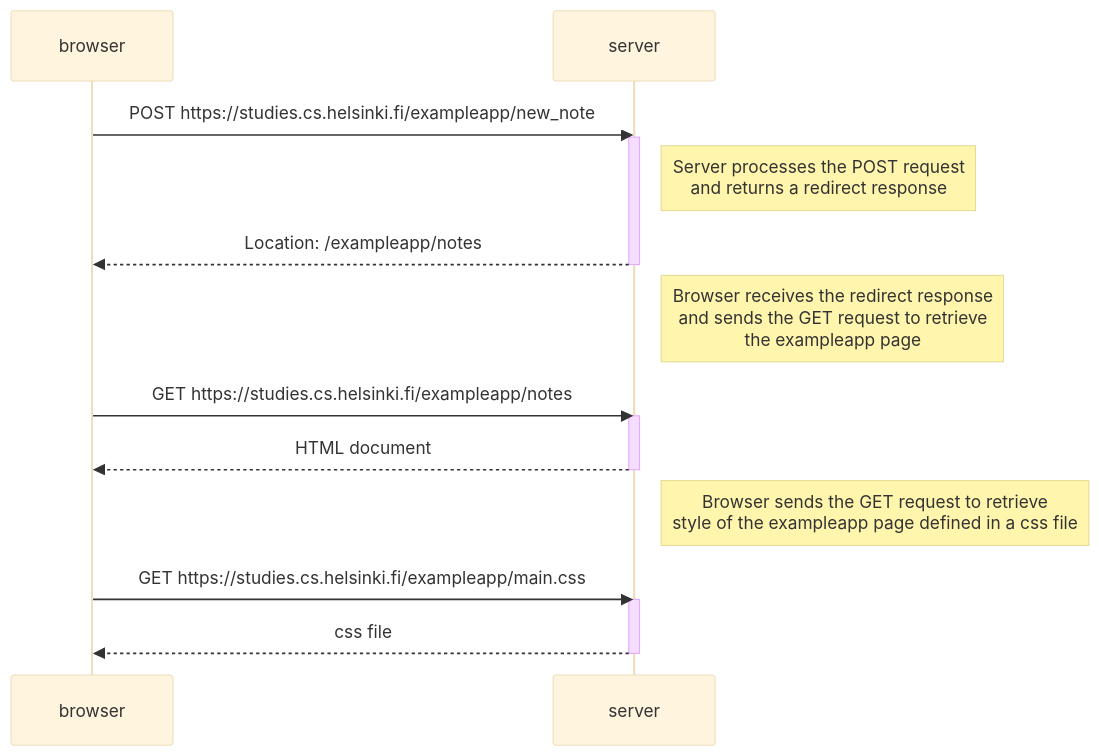
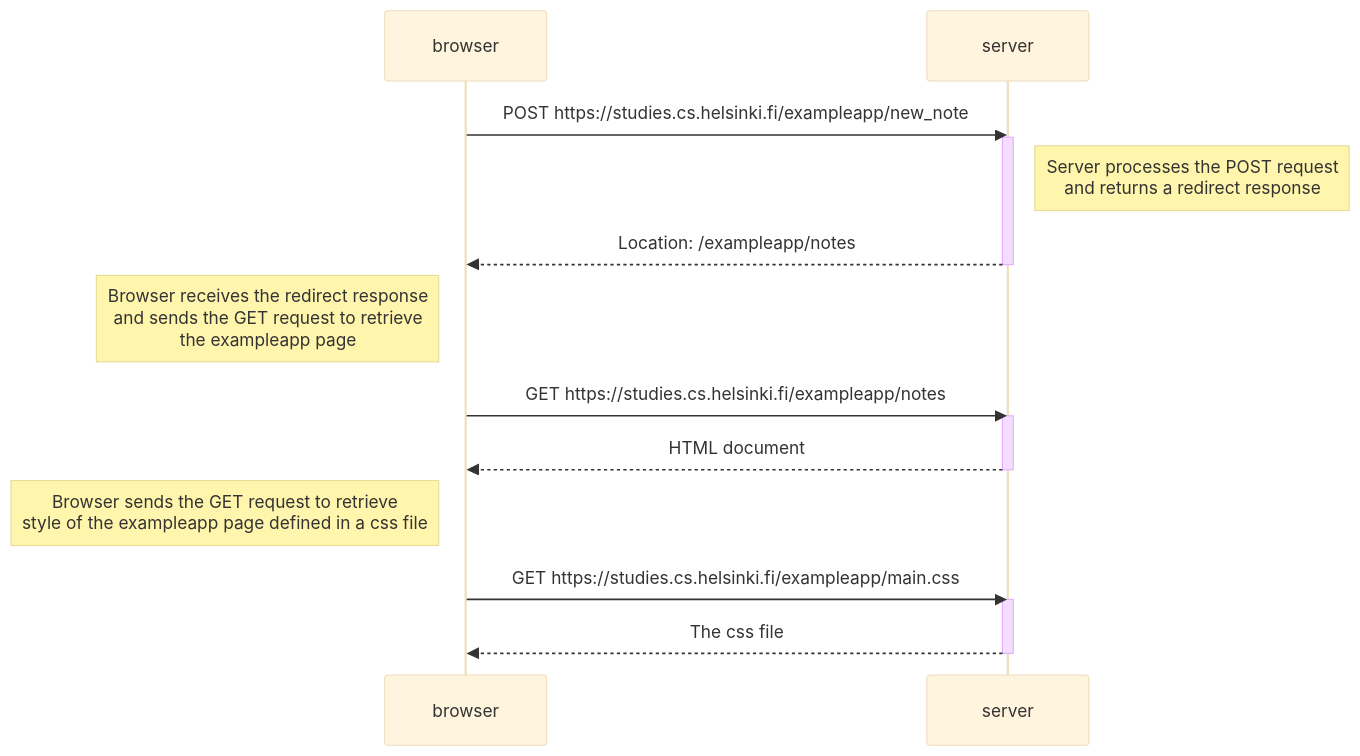
Before and after one commit to oskarioksanen/fullstack_open_palautusrepo: the second of 2 diagrams in osa0/uusi_muistiinpano_kaavio.md, drawn with Mermaid (base theme).

````diff
--- a/osa0/uusi_muistiinpano_kaavio.md
+++ b/osa0/uusi_muistiinpano_kaavio.md
@@ -17,29 +17,29 @@
 ```mermaid
 sequenceDiagram
     participant browser
     participant server
 
     browser->>server: POST https://studies.cs.helsinki.fi/exampleapp/new_note
     activate server
 
     Note right of server: Server processes the POST request<br/>and returns a redirect response
 
     server-->>browser: Location: /exampleapp/notes
     deactivate server
     
-    Note right of server: Browser receives the redirect response<br/>and sends the GET request to retrieve<br/>the exampleapp page
+    Note left of browser: Browser receives the redirect response<br/>and sends the GET request to retrieve<br/>the exampleapp page
 
     browser->>server: GET https://studies.cs.helsinki.fi/exampleapp/notes
     activate server
     server-->>browser: HTML document
     deactivate server
 
-    Note right of server: Browser sends the GET request to retrieve<br/>style of the exampleapp page defined in a css file
+    Note left of browser: Browser sends the GET request to retrieve<br/>style of the exampleapp page defined in a css file
     
     browser->>server: GET https://studies.cs.helsinki.fi/exampleapp/main.css
     activate server
-    server-->>browser: css file
+    server-->>browser: The css file
     deactivate server
 
 
 ```
````
